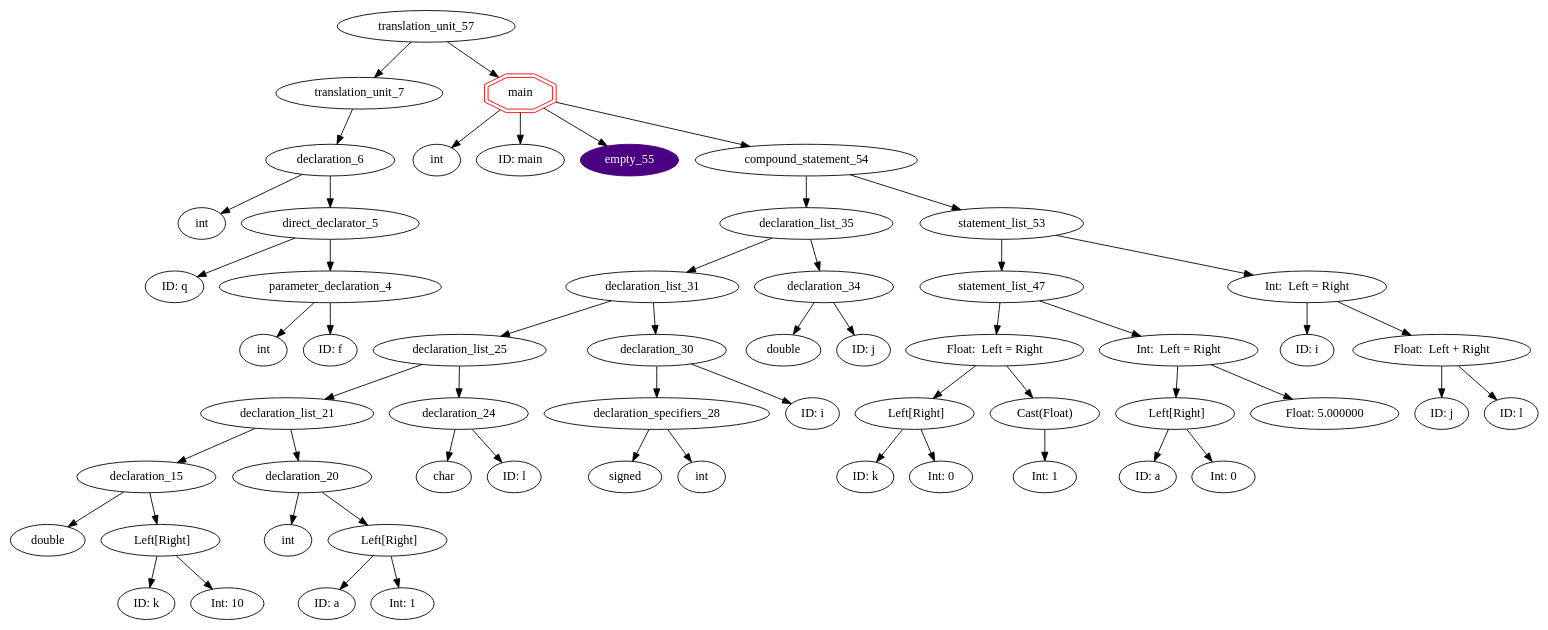
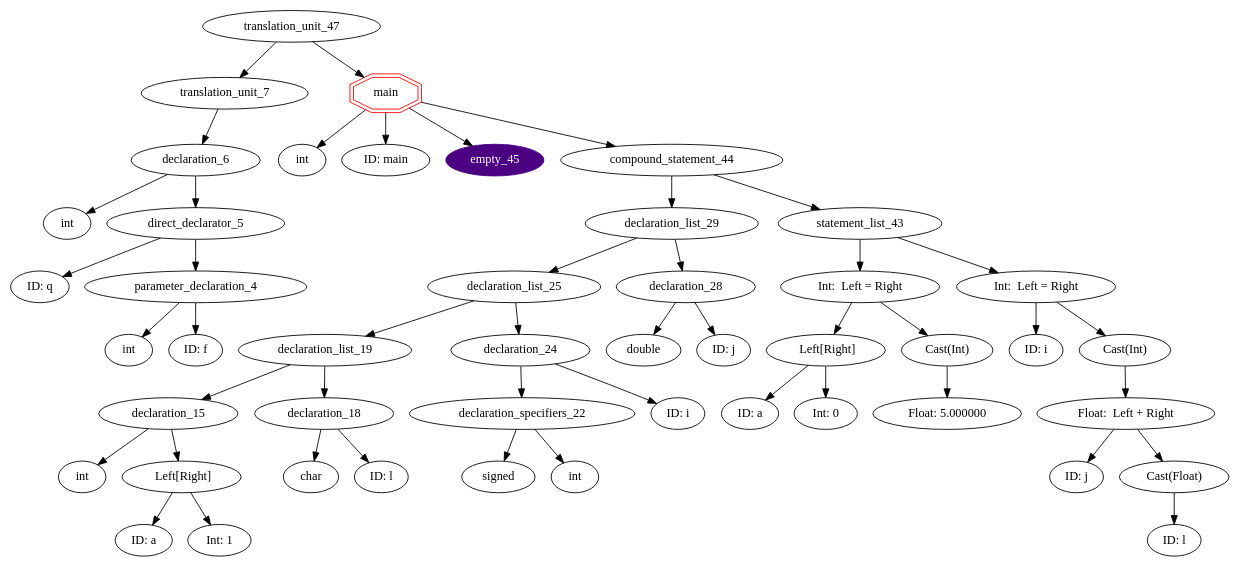
The diagram in graphs/default.gv (ahpalmerUNR/c_compiler), drawn with Graphviz before and after one commit.

Commit message:
push graph so i can merge

```diff
--- a/graphs/default.gv
+++ b/graphs/default.gv
@@ -1,104 +1,86 @@
 digraph AST {
-	translation_unit_57 -> translation_unit_7;
+	translation_unit_47 -> translation_unit_7;
 	translation_unit_7 -> declaration_6;
 	declaration_6 [label="declaration_6"]
 	declaration_6 -> type_specifier_0;
 	type_specifier_0 [label="int"]
 	declaration_6 -> direct_declarator_5;
 	direct_declarator_5 -> identifier_1;
 	identifier_1 [label="ID: q"]
 	direct_declarator_5 -> parameter_declaration_4;
 	parameter_declaration_4 -> type_specifier_2;
 	type_specifier_2 [label="int"]
 	parameter_declaration_4 -> identifier_3;
 	identifier_3 [label="ID: f"]
-	translation_unit_57 -> function_definition_56;
-	function_definition_56 [shape=doubleoctagon,color=red,label="main"]
-	function_definition_56 -> type_specifier_8;
+	translation_unit_47 -> function_definition_46;
+	function_definition_46 [shape=doubleoctagon,color=red,label="main"]
+	function_definition_46 -> type_specifier_8;
 	type_specifier_8 [label="int"]
-	function_definition_56 -> identifier_9;
+	function_definition_46 -> identifier_9;
 	identifier_9 [label="ID: main"]
-	function_definition_56 -> empty_55;
-	empty_55 [style=filled,color=indigo,fontcolor=white]
-	function_definition_56 -> compound_statement_54;
-	compound_statement_54 -> declaration_list_35;
-	declaration_list_35 -> declaration_list_31;
-	declaration_list_31 -> declaration_list_25;
-	declaration_list_25 -> declaration_list_21;
-	declaration_list_21 -> declaration_15;
+	function_definition_46 -> empty_45;
+	empty_45 [style=filled,color=indigo,fontcolor=white]
+	function_definition_46 -> compound_statement_44;
+	compound_statement_44 -> declaration_list_29;
+	declaration_list_29 -> declaration_list_25;
+	declaration_list_25 -> declaration_list_19;
+	declaration_list_19 -> declaration_15;
 	declaration_15 [label="declaration_15"]
 	declaration_15 -> type_specifier_11;
-	type_specifier_11 [label="double"]
+	type_specifier_11 [label="int"]
 	declaration_15 -> direct_declarator_14;
 	direct_declarator_14 [label="  Left[Right]"]
 	direct_declarator_14 -> identifier_12;
-	identifier_12 [label="ID: k"]
+	identifier_12 [label="ID: a"]
 	direct_declarator_14 -> constant_13;
-	constant_13 [label="Int: 10"]
-	declaration_list_21 -> declaration_20;
-	declaration_20 [label="declaration_20"]
-	declaration_20 -> type_specifier_16;
-	type_specifier_16 [label="int"]
-	declaration_20 -> direct_declarator_19;
-	direct_declarator_19 [label="  Left[Right]"]
-	direct_declarator_19 -> identifier_17;
-	identifier_17 [label="ID: a"]
-	direct_declarator_19 -> constant_18;
-	constant_18 [label="Int: 1"]
+	constant_13 [label="Int: 1"]
+	declaration_list_19 -> declaration_18;
+	declaration_18 [label="declaration_18"]
+	declaration_18 -> type_specifier_16;
+	type_specifier_16 [label="char"]
+	declaration_18 -> identifier_17;
+	identifier_17 [label="ID: l"]
 	declaration_list_25 -> declaration_24;
 	declaration_24 [label="declaration_24"]
-	declaration_24 -> type_specifier_22;
-	type_specifier_22 [label="char"]
+	declaration_24 -> declaration_specifiers_22;
+	declaration_specifiers_22 [label="declaration_specifiers_22"]
+	declaration_specifiers_22 -> type_specifier_20;
+	type_specifier_20 [label="signed"]
+	declaration_specifiers_22 -> type_specifier_21;
+	type_specifier_21 [label="int"]
 	declaration_24 -> identifier_23;
-	identifier_23 [label="ID: l"]
-	declaration_list_31 -> declaration_30;
-	declaration_30 [label="declaration_30"]
-	declaration_30 -> declaration_specifiers_28;
-	declaration_specifiers_28 [label="declaration_specifiers_28"]
-	declaration_specifiers_28 -> type_specifier_26;
-	type_specifier_26 [label="signed"]
-	declaration_specifiers_28 -> type_specifier_27;
-	type_specifier_27 [label="int"]
-	declaration_30 -> identifier_29;
-	identifier_29 [label="ID: i"]
-	declaration_list_35 -> declaration_34;
-	declaration_34 [label="declaration_34"]
-	declaration_34 -> type_specifier_32;
-	type_specifier_32 [label="double"]
-	declaration_34 -> identifier_33;
-	identifier_33 [label="ID: j"]
-	compound_statement_54 -> statement_list_53;
-	statement_list_53 -> statement_list_47;
-	statement_list_47 -> assignment_expression_40;
-	assignment_expression_40 [label="Float:  Left = Right"]
-	assignment_expression_40 -> postfix_expression_38;
-	postfix_expression_38 [label="  Left[Right]"]
-	postfix_expression_38 -> identifier_36;
-	identifier_36 [label="ID: k"]
-	postfix_expression_38 -> constant_37;
-	constant_37 [label="Int: 0"]
-	assignment_expression_40 -> Implicit_Cast_41;
-	Implicit_Cast_41 [label="Cast(Float)"]
-	Implicit_Cast_41 -> constant_39;
-	constant_39 [label="Int: 1"]
-	statement_list_47 -> assignment_expression_46;
-	assignment_expression_46 [label="Int:  Left = Right"]
-	assignment_expression_46 -> postfix_expression_44;
-	postfix_expression_44 [label="  Left[Right]"]
-	postfix_expression_44 -> identifier_42;
-	identifier_42 [label="ID: a"]
-	postfix_expression_44 -> constant_43;
-	constant_43 [label="Int: 0"]
-	assignment_expression_46 -> constant_45;
-	constant_45 [label="Float: 5.000000"]
-	statement_list_53 -> assignment_expression_52;
-	assignment_expression_52 [label="Int:  Left = Right"]
-	assignment_expression_52 -> identifier_48;
-	identifier_48 [label="ID: i"]
-	assignment_expression_52 -> operator_expression_51;
-	operator_expression_51 [label="Float:  Left + Right"]
-	operator_expression_51 -> identifier_49;
-	identifier_49 [label="ID: j"]
-	operator_expression_51 -> identifier_50;
-	identifier_50 [label="ID: l"]
+	identifier_23 [label="ID: i"]
+	declaration_list_29 -> declaration_28;
+	declaration_28 [label="declaration_28"]
+	declaration_28 -> type_specifier_26;
+	type_specifier_26 [label="double"]
+	declaration_28 -> identifier_27;
+	identifier_27 [label="ID: j"]
+	compound_statement_44 -> statement_list_43;
+	statement_list_43 -> assignment_expression_34;
+	assignment_expression_34 [label="Int:  Left = Right"]
+	assignment_expression_34 -> postfix_expression_32;
+	postfix_expression_32 [label="  Left[Right]"]
+	postfix_expression_32 -> identifier_30;
+	identifier_30 [label="ID: a"]
+	postfix_expression_32 -> constant_31;
+	constant_31 [label="Int: 0"]
+	assignment_expression_34 -> Implicit_Cast_35;
+	Implicit_Cast_35 [label="Cast(Int)"]
+	Implicit_Cast_35 -> constant_33;
+	constant_33 [label="Float: 5.000000"]
+	statement_list_43 -> assignment_expression_41;
+	assignment_expression_41 [label="Int:  Left = Right"]
+	assignment_expression_41 -> identifier_36;
+	identifier_36 [label="ID: i"]
+	assignment_expression_41 -> Implicit_Cast_42;
+	Implicit_Cast_42 [label="Cast(Int)"]
+	Implicit_Cast_42 -> operator_expression_39;
+	operator_expression_39 [label="Float:  Left + Right"]
+	operator_expression_39 -> identifier_37;
+	identifier_37 [label="ID: j"]
+	operator_expression_39 -> Implicit_Cast40;
+	Implicit_Cast40 [label="Cast(Float)"]
+	Implicit_Cast40 -> identifier_38;
+	identifier_38 [label="ID: l"]
 }
```
